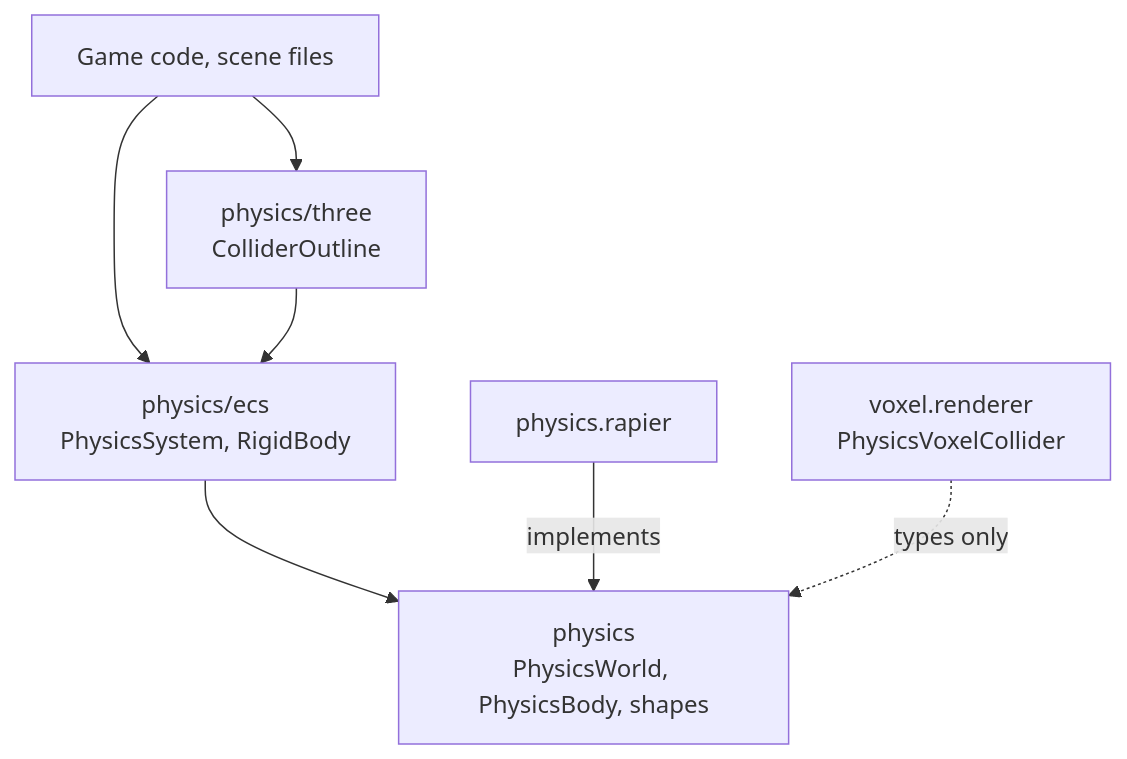
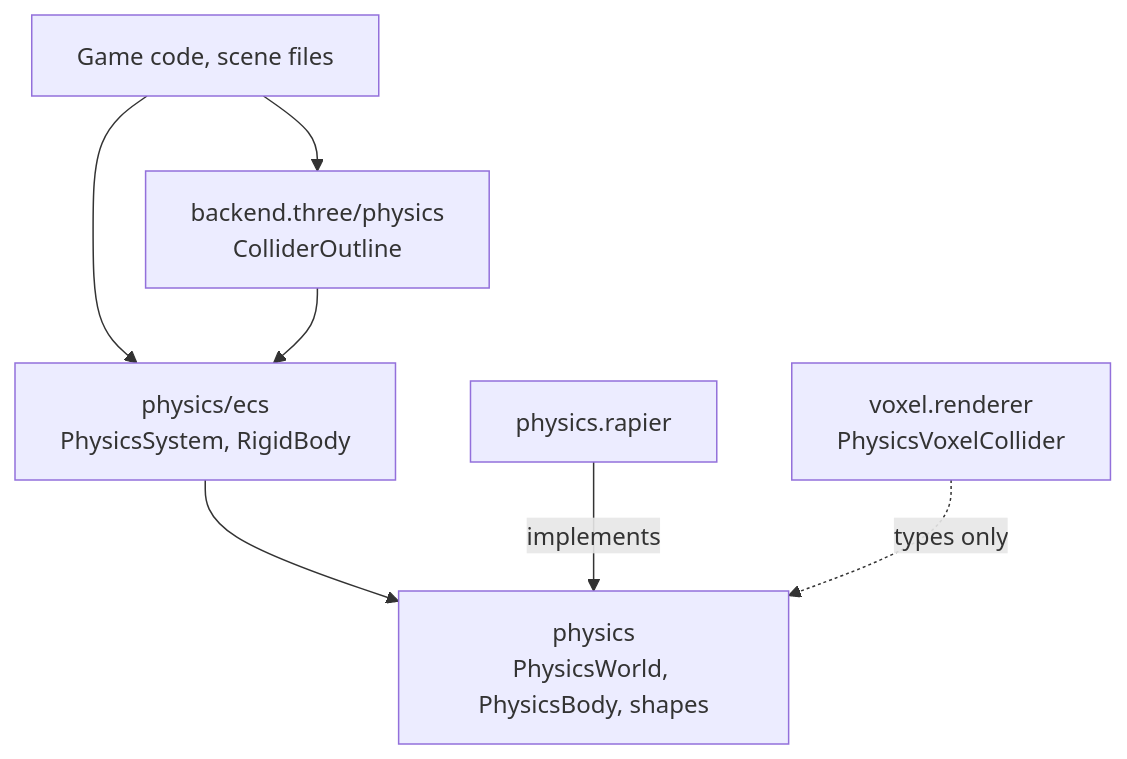
One commit to JollyPixel/editor changed the first of 2 diagrams in packages/physics/ARCHITECTURE.md. Above: the diagram before and after it, drawn with Mermaid. The commit also changed other lines of this file and 21 other files, not shown here.

First line of the commit message:
Merge pull request #1281 from JollyPixel/physics-three

````diff
--- a/packages/physics/ARCHITECTURE.md
+++ b/packages/physics/ARCHITECTURE.md
@@ -5,16 +5,16 @@
 ```mermaid
 flowchart TB
     Game["Game code, scene files"]
     Glue["physics/ecs<br/>PhysicsSystem, RigidBody"]
-    Outline["physics/three<br/>ColliderOutline"]
+    Outline["backend.three/physics<br/>ColliderOutline"]
     Contract["physics<br/>PhysicsWorld, PhysicsBody, shapes"]
     Rapier["physics.rapier"]
     Voxel["voxel.renderer<br/>PhysicsVoxelCollider"]
 
     Game --> Glue
     Game --> Outline
     Outline --> Glue
     Glue --> Contract
     Rapier -->|"implements"| Contract
     Voxel -.->|"types only"| Contract
 ```
````
